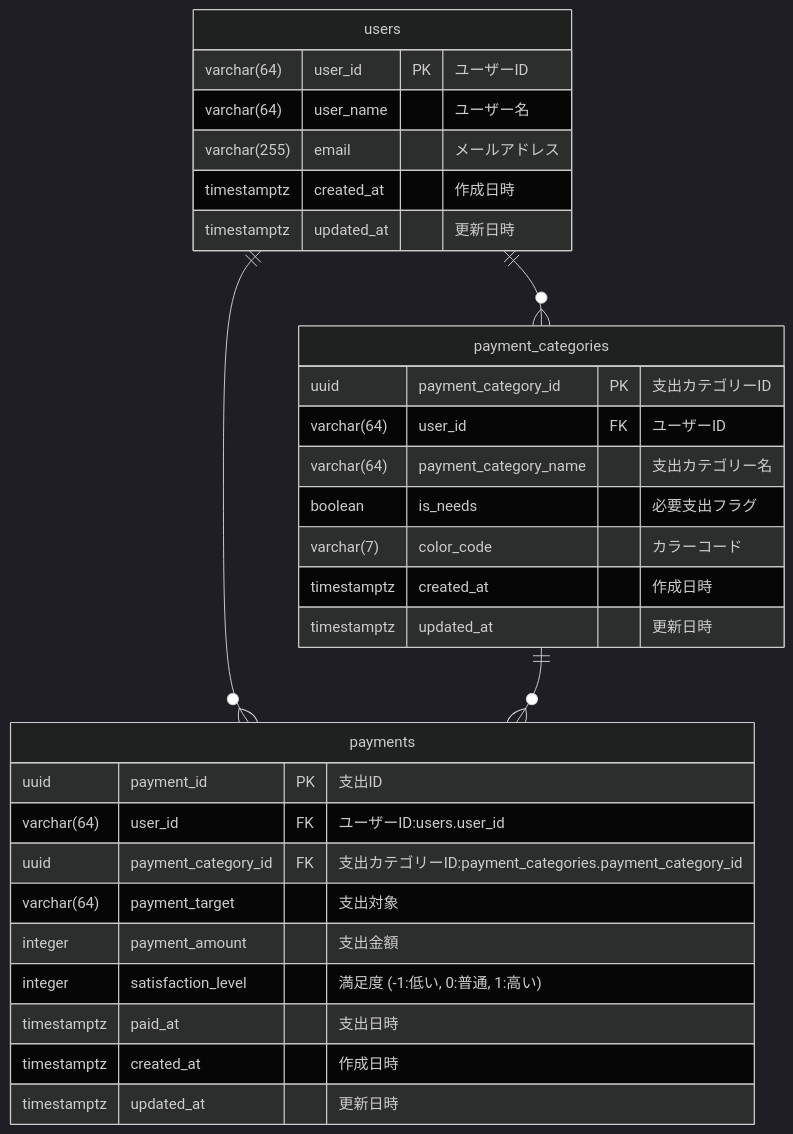
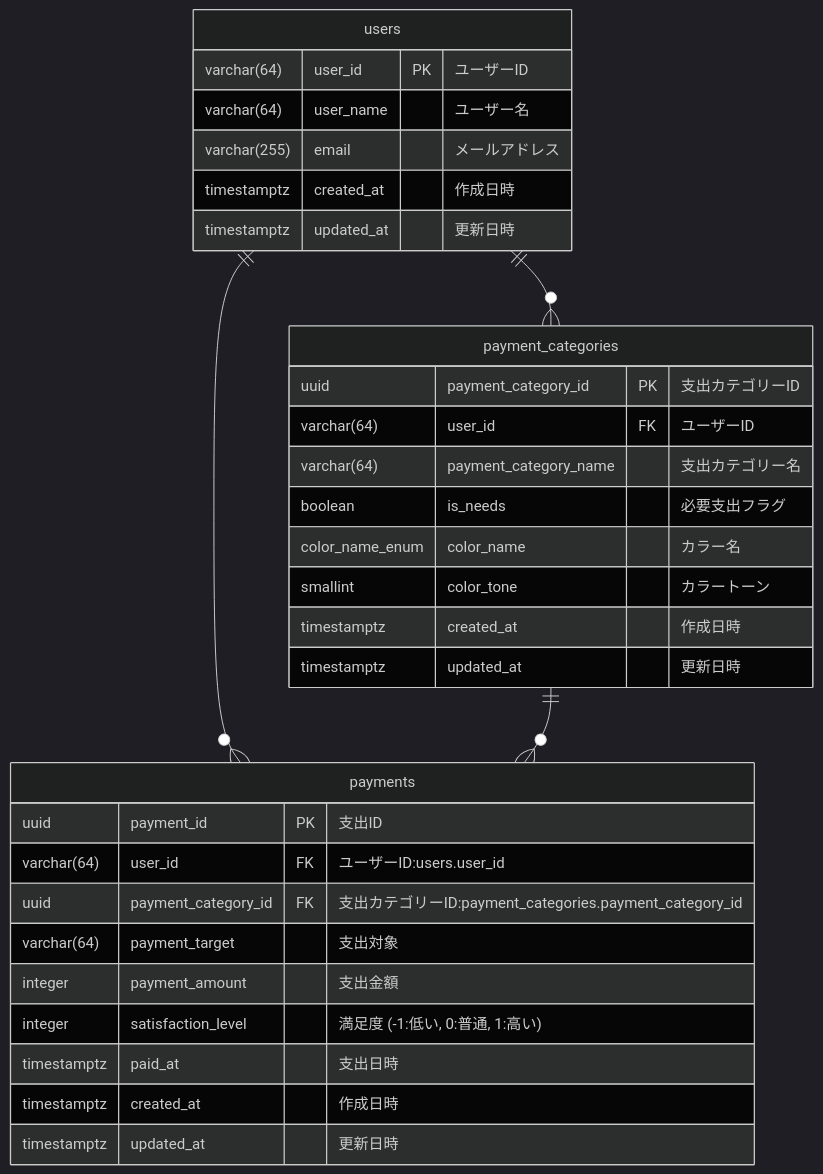
Before and after one commit to kanaru-ssk/payment-manager: the diagram in docs/entity_relationship.md, drawn with Mermaid (dark theme). The commit also changed 27 other files, not shown here.

````diff
--- a/docs/entity_relationship.md
+++ b/docs/entity_relationship.md
@@ -3,36 +3,37 @@
 ```mermaid
 erDiagram
     users ||--o{ payments : ""
     users ||--o{ payment_categories : ""
     payment_categories ||--o{ payments : ""
 
     users {
         varchar(64) user_id PK "ユーザーID"
         varchar(64) user_name "ユーザー名"
         varchar(255) email "メールアドレス"
         timestamptz created_at "作成日時"
         timestamptz updated_at "更新日時"
     }
 
     payment_categories {
         uuid payment_category_id PK "支出カテゴリーID"
         varchar(64) user_id FK "ユーザーID"
         varchar(64)  payment_category_name "支出カテゴリー名"
         boolean is_needs "必要支出フラグ"
-        varchar(7) color_code "カラーコード"
+        color_name_enum color_name "カラー名"
+        smallint color_tone "カラートーン"
         timestamptz created_at "作成日時"
         timestamptz updated_at "更新日時"
     }
 
     payments {
         uuid payment_id PK "支出ID"
         varchar(64) user_id FK "ユーザーID:users.user_id"
         uuid payment_category_id FK "支出カテゴリーID:payment_categories.payment_category_id"
         varchar(64) payment_target "支出対象"
         integer payment_amount "支出金額"
         integer satisfaction_level "満足度 (-1:低い, 0:普通, 1:高い)"
         timestamptz paid_at "支出日時"
         timestamptz created_at "作成日時"
         timestamptz updated_at "更新日時"
     }
 ```
````
